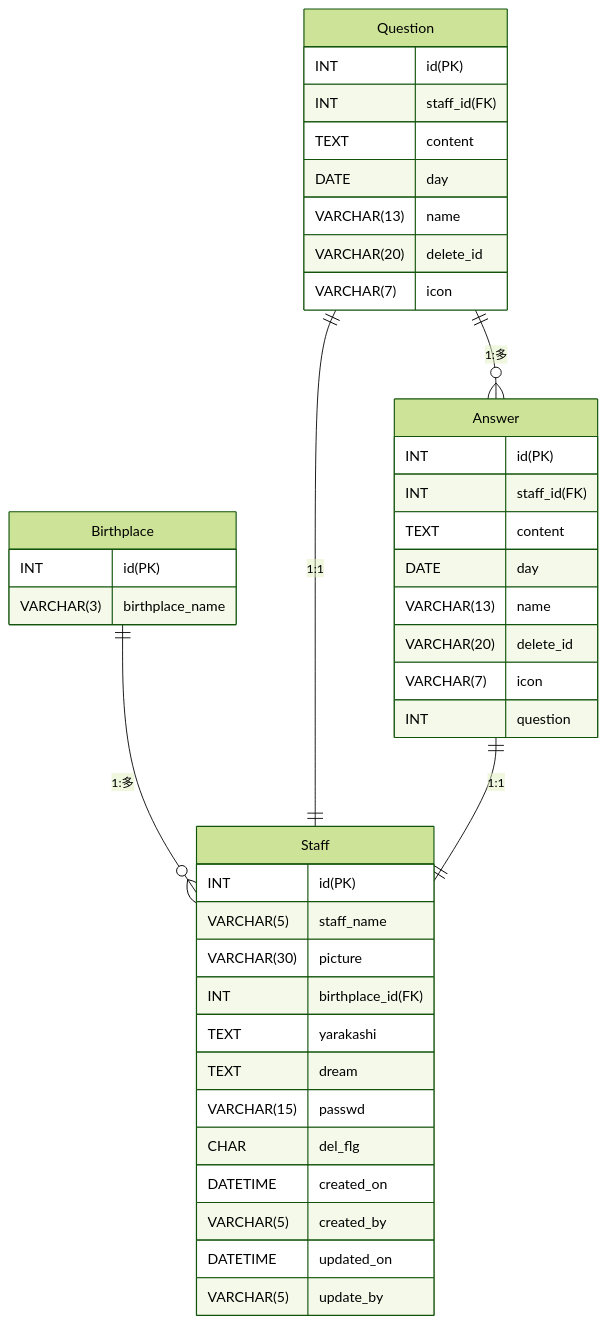
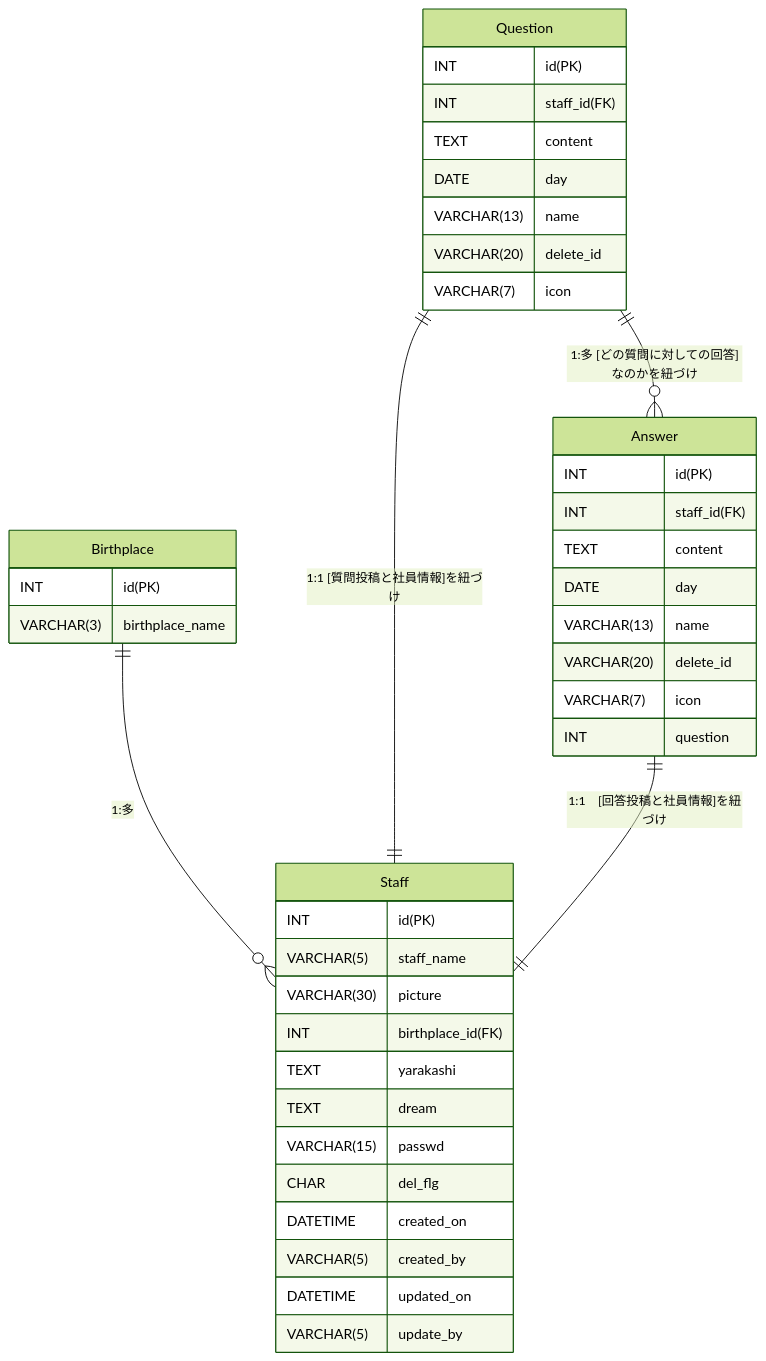
Before and after one commit to juntaso/kintone: the diagram in er.md, drawn with Mermaid.

````diff
--- a/er.md
+++ b/er.md
@@ -1,53 +1,52 @@
 ```mermaid
 %%{init:{'theme':'forest'}}%%
 erDiagram
 
 
-Question ||--o{ Answer: "1:多"
+	Question ||--o{ Answer: "1:多 [どの質問に対しての回答]なのかを紐づけ"
 Birthplace ||--o{ Staff: "1:多"
-Question ||--|| Staff: "1:1"
-Answer ||--|| Staff: "1:1"
+Question ||--|| Staff: "1:1 [質問投稿と社員情報]を紐づけ"
+Answer ||--|| Staff: "1:1　[回答投稿と社員情報]を紐づけ"
 
 Question{
 INT id(PK)
 INT staff_id(FK)
 TEXT content
 DATE day
 VARCHAR(13) name
 VARCHAR(20) delete_id
 VARCHAR(7) icon
 }
 
 Answer{
 INT id(PK)
 INT staff_id(FK)
 TEXT content
 DATE day
 VARCHAR(13) name
 VARCHAR(20) delete_id
 VARCHAR(7) icon
 INT question
 }
 
 Staff{
  INT id(PK)
  VARCHAR(5) staff_name
  VARCHAR(30) picture
  INT birthplace_id(FK)
  TEXT yarakashi
  TEXT dream
  VARCHAR(15) passwd
  CHAR del_flg
  DATETIME created_on
  VARCHAR(5) created_by
  DATETIME updated_on
  VARCHAR(5) update_by
 }
 
 Birthplace{
 INT id(PK)
 VARCHAR(3) birthplace_name
 }
 
-
 ```
````
